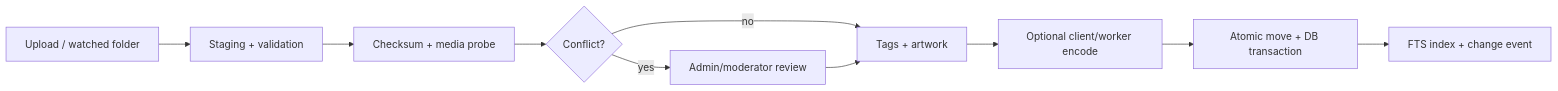
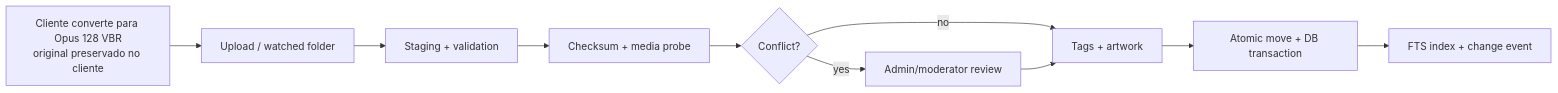
One commit to xxyurirangelxx/zuno-streaming changed the second of 2 diagrams in PRD.md. Above: the diagram before and after it, drawn with Mermaid. The commit also changed other lines of this file and 24 other files, not shown here.

````diff
--- a/PRD.md
+++ b/PRD.md
@@ -186,12 +186,12 @@
 ```mermaid
 flowchart LR
- U[Upload / watched folder] --> TMP[Staging + validation]
+ C[Cliente converte para Opus 128 VBR<br/>original preservado no cliente] --> U[Upload / watched folder]
+ U --> TMP[Staging + validation]
  TMP --> HASH[Checksum + media probe]
  HASH --> D{Conflict?}
  D -->|yes| REVIEW[Admin/moderator review]
  D -->|no| META[Tags + artwork]
  REVIEW --> META
- META --> X[Optional client/worker encode]
- X --> SAVE[Atomic move + DB transaction]
+ META --> SAVE[Atomic move + DB transaction]
  SAVE --> IDX[FTS index + change event]
 ```
````
